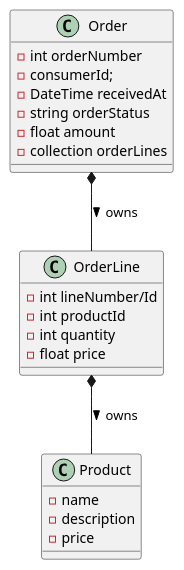
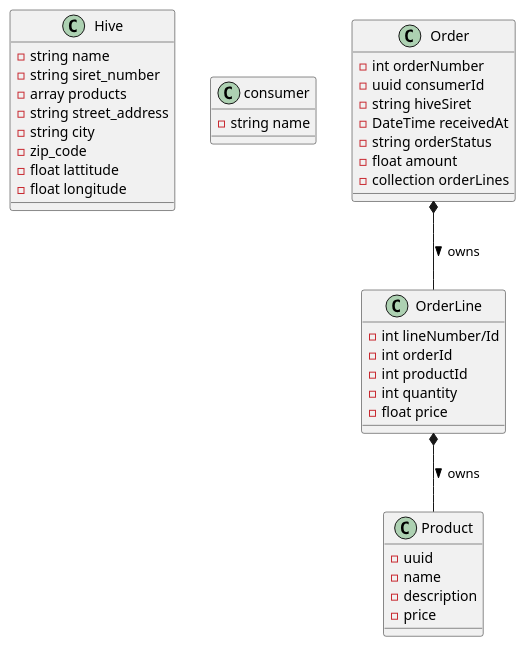
The diagram in order.wsd (buba71/breengrow-frontend), drawn with PlantUML before and after one commit. The commit also changed 26 other files, not shown here.

```diff
--- a/order.wsd
+++ b/order.wsd
@@ -1,33 +1,52 @@
 @startuml order diagram class
+
+class Hive 
+{
+  - string name
+  - string siret_number
+  - array products
+  - string street_address
+  - string city 
+  - zip_code
+  - float lattitude
+  - float longitude
+}
+
+class consumer {
+  - string name
+}
 
 class Order 
 {
   - int orderNumber
-  - consumerId;
+  - uuid consumerId
+  - string hiveSiret
   - DateTime receivedAt
   - string orderStatus
   - float amount
   - collection orderLines
 }
 
 class OrderLine 
 {
   - int lineNumber/Id
+  - int orderId
   - int productId
   - int quantity
   - float price
 }
 
 class Product
 {
+  - uuid
   - name
   - description
   - price
 }
 
 
 
 Order  *--  OrderLine : > owns
 OrderLine *-- Product : > owns
 
 @enduml
```
